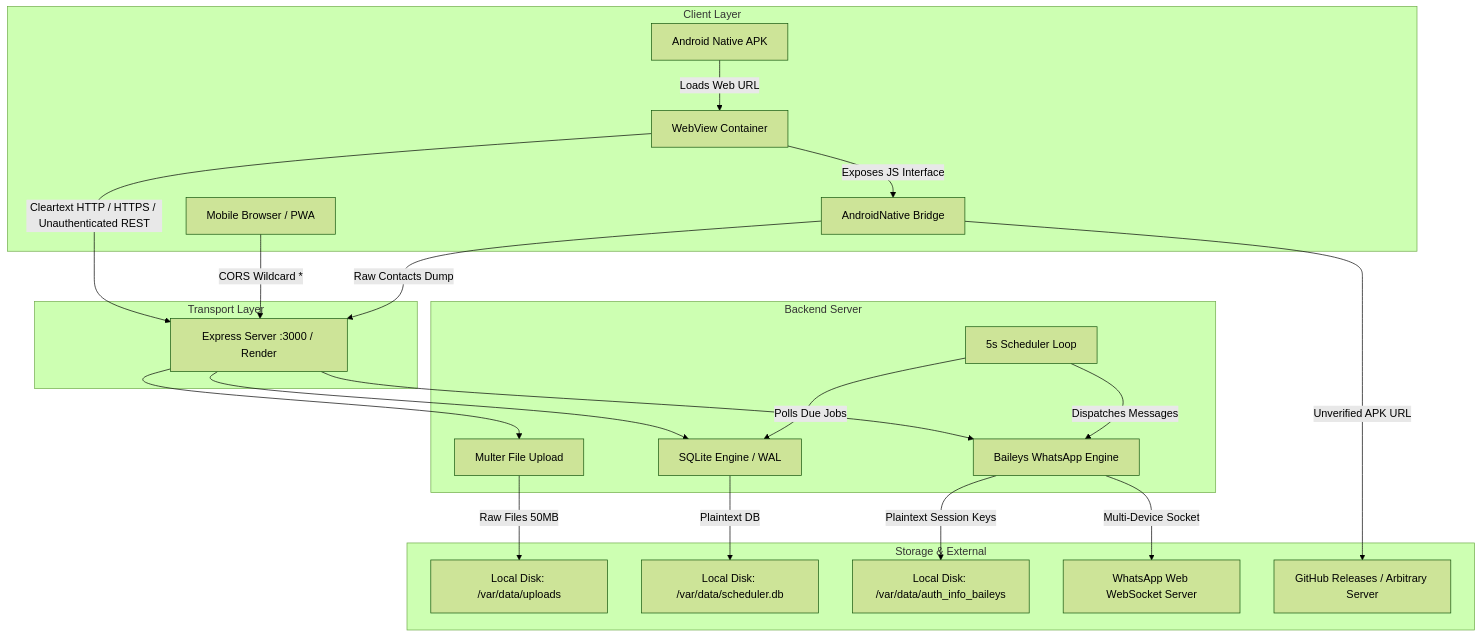
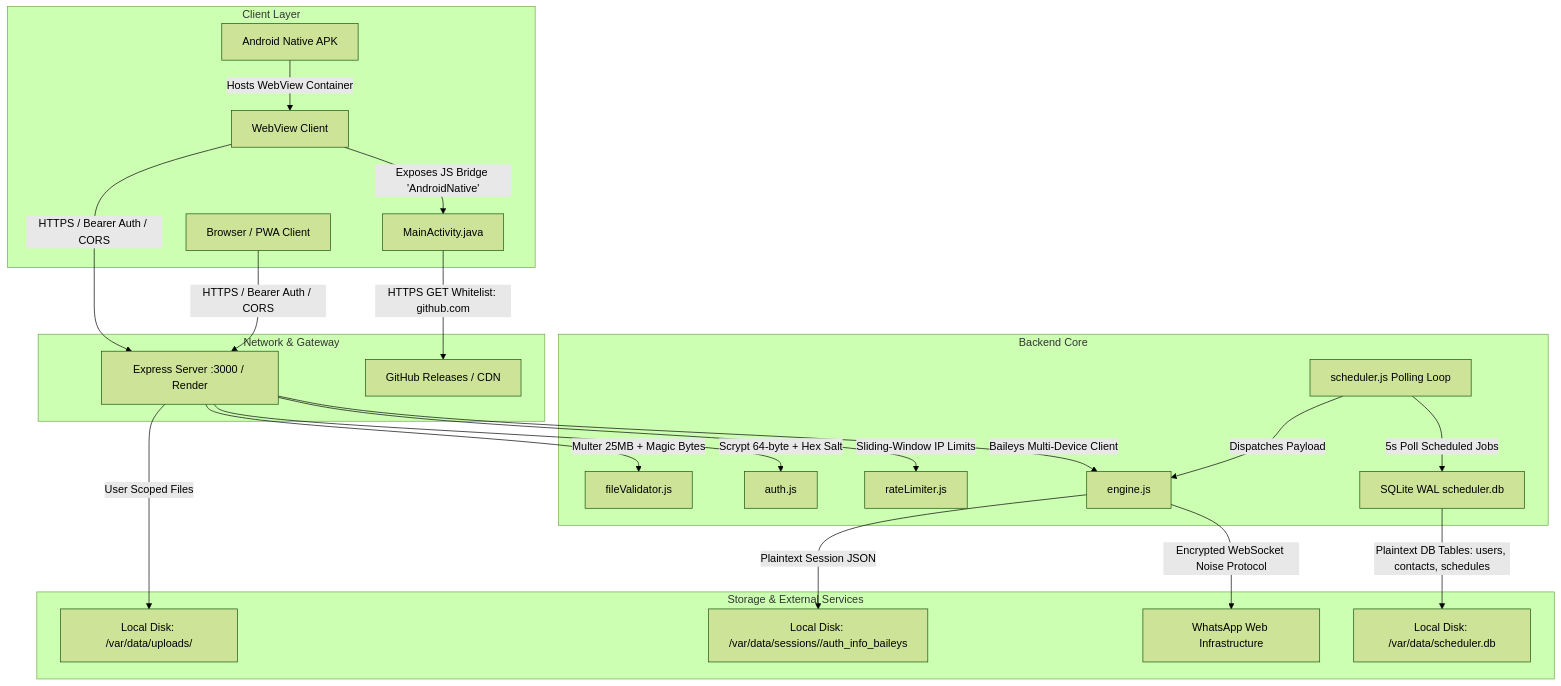
One commit to PannagaJA/Whatsapp-Scheduler changed the first of 2 diagrams in SECURITY_AUDIT_REPORT.md. Above: the diagram before and after it, drawn with Mermaid (forest theme). The commit also changed other lines of this file and 23 other files, not shown here.

````diff
--- a/SECURITY_AUDIT_REPORT.md
+++ b/SECURITY_AUDIT_REPORT.md
@@ -53,30 +60,30 @@
 ```mermaid
 graph TD
     subgraph Client Layer
-        A[Android Native APK] -->|Loads Web URL| B[WebView Container]
-        B -->|Exposes JS Interface| C[AndroidNative Bridge]
-        D[Mobile Browser / PWA]
+        A[Android Native APK] -->|Hosts WebView Container| B[WebView Client]
+        B -->|Exposes JS Bridge 'AndroidNative'| C[MainActivity.java]
+        D[Browser / PWA Client]
     end
 
-    subgraph Transport Layer
-        B -->|Cleartext HTTP / HTTPS / Unauthenticated REST| E[Express Server :3000 / Render]
-        D -->|CORS Wildcard *| E
+    subgraph Network & Gateway
+        B -->|HTTPS / Bearer Auth / CORS| E[Express Server :3000 / Render]
+        D -->|HTTPS / Bearer Auth / CORS| E
+        C -->|HTTPS GET Whitelist: github.com| F[GitHub Releases / CDN]
     end
 
-    subgraph Backend Server
-        E --> F[Multer File Upload]
-        E --> G[SQLite Engine / WAL]
-        E --> H[Baileys WhatsApp Engine]
-        I[5s Scheduler Loop] -->|Polls Due Jobs| G
-        I -->|Dispatches Messages| H
+    subgraph Backend Core
+        E -->|Multer 25MB + Magic Bytes| G[fileValidator.js]
+        E -->|Scrypt 64-byte + Hex Salt| H[auth.js]
+        E -->|Sliding-Window IP Limits| I[rateLimiter.js]
+        E -->|Baileys Multi-Device Client| J[engine.js]
+        K[scheduler.js Polling Loop] -->|5s Poll Scheduled Jobs| L[SQLite WAL scheduler.db]
+        K -->|Dispatches Payload| J
     end
 
-    subgraph Storage & External
-        F -->|Raw Files 50MB| J[Local Disk: /var/data/uploads]
-        G -->|Plaintext DB| K[Local Disk: /var/data/scheduler.db]
-        H -->|Plaintext Session Keys| L[Local Disk: /var/data/auth_info_baileys]
-        H -->|Multi-Device Socket| M[WhatsApp Web WebSocket Server]
-        C -->|Raw Contacts Dump| E
-        C -->|Unverified APK URL| N[GitHub Releases / Arbitrary Server]
+    subgraph Storage & External Services
+        E -->|User Scoped Files| M[Local Disk: /var/data/uploads/<userId>]
+        J -->|Plaintext Session JSON| N[Local Disk: /var/data/sessions/<userId>/auth_info_baileys]
+        J -->|Encrypted WebSocket Noise Protocol| O[WhatsApp Web Infrastructure]
+        L -->|Plaintext DB Tables: users, contacts, schedules| P[Local Disk: /var/data/scheduler.db]
     end
 ```
````
